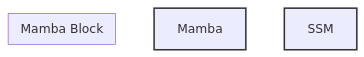
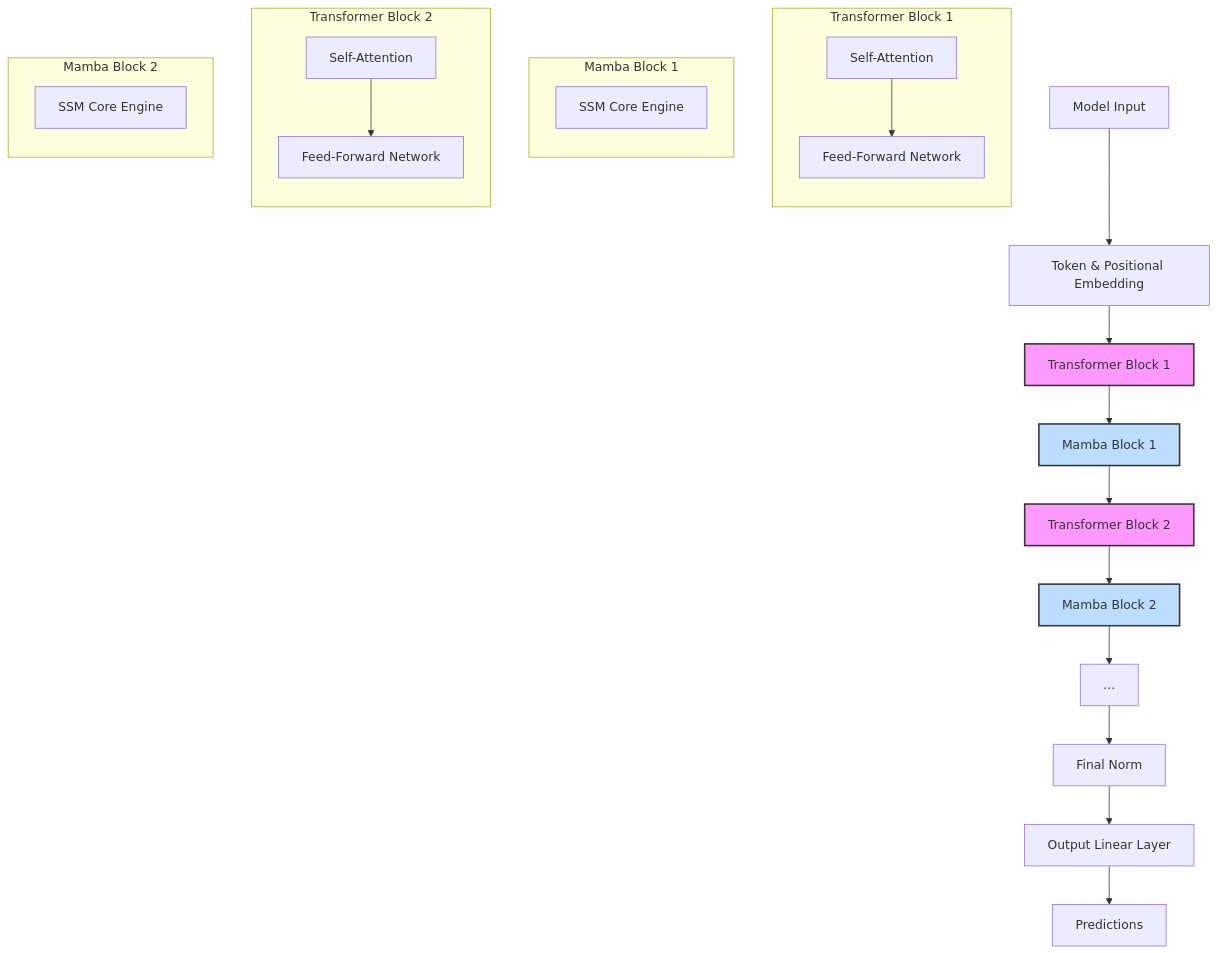
One commit to PsyduckNpc/iodraw-files changed the diagram in all/未命名.md. Above: the diagram before and after it, drawn with Mermaid.

Commit message:
2025-09-28 14:05:47 update

````diff
--- a/all/未命名.md
+++ b/all/未命名.md
@@ -1,9 +1,41 @@
 ```mermaid
 graph TD
-    subgraph Mamba Block
-        
+    Input[Model Input] --> Embedding[Token & Positional Embedding];
+    Embedding --> TBlock1[Transformer Block 1];
+    TBlock1 --> MBlock1[Mamba Block 1];
+    MBlock1 --> TBlock2[Transformer Block 2];
+    TBlock2 --> MBlock2[Mamba Block 2];
+    MBlock2 --> Etc[...]
+    Etc --> FinalNorm[Final Norm];
+    FinalNorm --> OutputLayer[Output Linear Layer];
+    OutputLayer --> Predictions;
+
+    subgraph Transformer Block 1
+        direction TB
+        Attn1[Self-Attention]
+        FFN1[Feed-Forward Network]
+        Attn1 --> FFN1
     end
 
-    style Mamba Block fill:#f9f,stroke:#333,stroke-width:2px
-    style SSM Core Engine fill:#bdf,stroke:#333,stroke-width:2px
+    subgraph Mamba Block 1
+        direction TB
+        SSM1[SSM Core Engine]
+    end
+
+    subgraph Transformer Block 2
+        direction TB
+        Attn2[Self-Attention]
+        FFN2[Feed-Forward Network]
+        Attn2 --> FFN2
+    end
+    
+    subgraph Mamba Block 2
+        direction TB
+        SSM2[SSM Core Engine]
+    end
+
+    style TBlock1 fill:#f9f,stroke:#333,stroke-width:2px
+    style TBlock2 fill:#f9f,stroke:#333,stroke-width:2px
+    style MBlock1 fill:#bdf,stroke:#333,stroke-width:2px
+    style MBlock2 fill:#bdf,stroke:#333,stroke-width:2px
 ```
````
